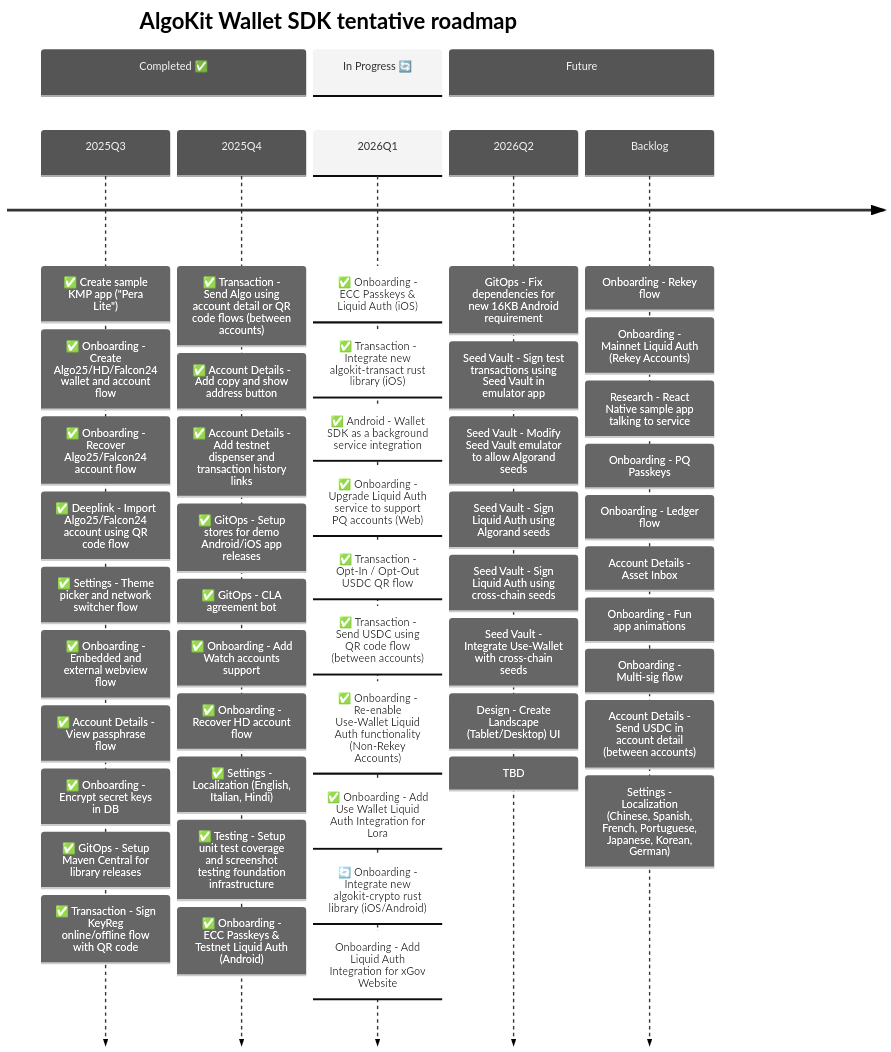
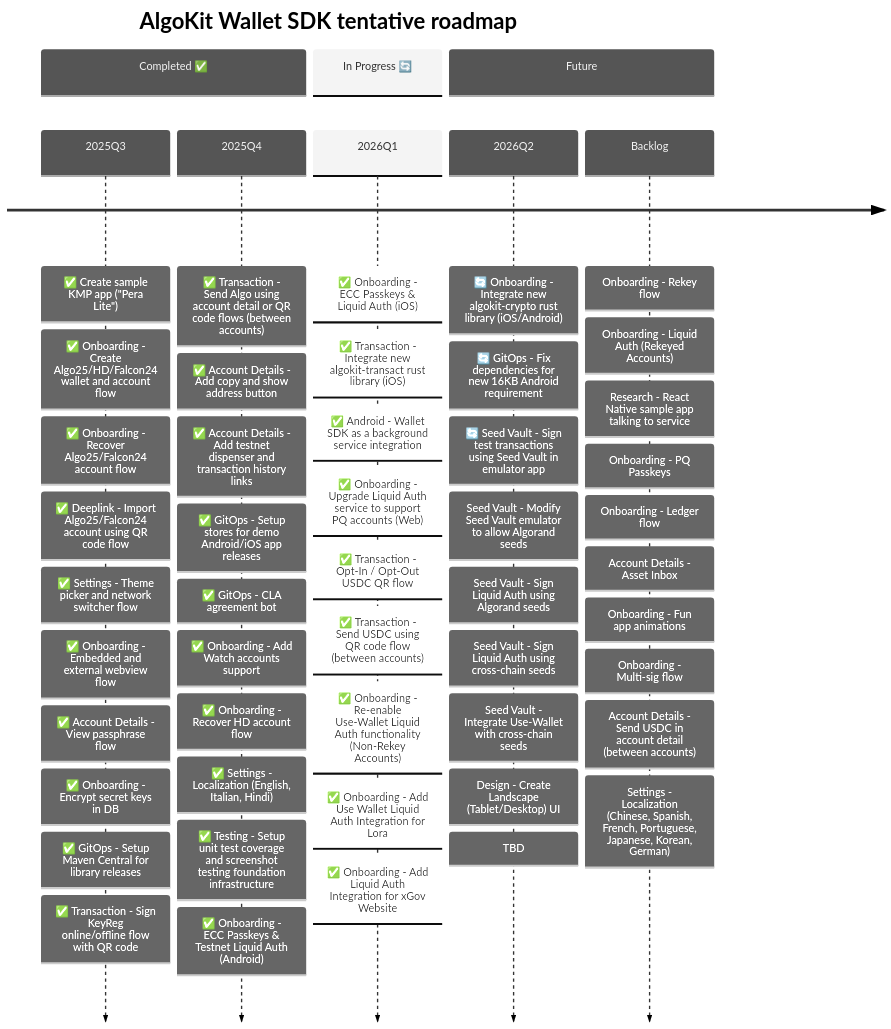
The second of 3 diagrams in README.md (michaeltchuangllc/algokit-walletsdk-kmp), drawn with Mermaid before and after one commit. The commit also changed other lines of this file and 23 other files, not shown here.

Commit message:
feat: allow liquid auth flow on mainnet (#255)

````diff
--- a/README.md
+++ b/README.md
@@ -69,64 +69,64 @@
 ```mermaid
 ---
 config:
   theme: 'neutral'
 ---
 timeline
     title AlgoKit Wallet SDK tentative roadmap
 
     section Completed ✅
     2025Q3  : ✅ Create sample KMP app ("Pera Lite")
             : ✅ Onboarding - Create Algo25/HD/Falcon24 wallet and account flow
             : ✅ Onboarding - Recover Algo25/Falcon24 account flow
             : ✅ Deeplink - Import Algo25/Falcon24 account using QR code flow
             : ✅ Settings - Theme picker and network switcher flow
             : ✅ Onboarding - Embedded and external webview flow
             : ✅ Account Details - View passphrase flow
             : ✅ Onboarding - Encrypt secret keys in DB
             : ✅ GitOps - Setup Maven Central for library releases
             : ✅ Transaction - Sign KeyReg online/offline flow with QR code
 
     2025Q4  : ✅ Transaction - Send Algo using account detail or QR code flows (between accounts)
             : ✅ Account Details - Add copy and show address button
             : ✅ Account Details - Add testnet dispenser and transaction history links
             : ✅ GitOps - Setup stores for demo Android/iOS app releases
             : ✅ GitOps - CLA agreement bot
             : ✅ Onboarding - Add Watch accounts support
             : ✅ Onboarding - Recover HD account flow
             : ✅ Settings - Localization (English, Italian, Hindi)
             : ✅ Testing - Setup unit test coverage and screenshot testing foundation infrastructure
             : ✅ Onboarding - ECC Passkeys & Testnet Liquid Auth (Android)
 
     section In Progress 🔄
     2026Q1  : ✅ Onboarding - ECC Passkeys & Liquid Auth (iOS)
             : ✅ Transaction - Integrate new algokit-transact rust library (iOS)
             : ✅ Android - Wallet SDK as a background service integration
             : ✅ Onboarding - Upgrade Liquid Auth service to support PQ accounts (Web)
             : ✅ Transaction - Opt-In / Opt-Out USDC QR flow
             : ✅ Transaction - Send USDC using QR code flow (between accounts)
             : ✅ Onboarding - Re-enable Use-Wallet Liquid Auth functionality (Non-Rekey Accounts)
             : ✅ Onboarding - Add Use Wallet Liquid Auth Integration for Lora
-            : 🔄 Onboarding - Integrate new algokit-crypto rust library (iOS/Android)
-            : Onboarding - Add Liquid Auth Integration for xGov Website
+            : ✅ Onboarding - Add Liquid Auth Integration for xGov Website
 
     section Future
-    2026Q2  : GitOps - Fix dependencies for new 16KB Android requirement
-            : Seed Vault - Sign test transactions using Seed Vault in emulator app
+    2026Q2  : 🔄 Onboarding - Integrate new algokit-crypto rust library (iOS/Android)
+            : 🔄 GitOps - Fix dependencies for new 16KB Android requirement
+            : 🔄 Seed Vault - Sign test transactions using Seed Vault in emulator app
             : Seed Vault - Modify Seed Vault emulator to allow Algorand seeds
             : Seed Vault - Sign Liquid Auth using Algorand seeds
             : Seed Vault - Sign Liquid Auth using cross-chain seeds
             : Seed Vault - Integrate Use-Wallet with cross-chain seeds
             : Design - Create Landscape (Tablet/Desktop) UI
             : TBD
     Backlog
             : Onboarding - Rekey flow
-            : Onboarding - Mainnet Liquid Auth (Rekey Accounts)
+            : Onboarding - Liquid Auth (Rekeyed Accounts)
             : Research - React Native sample app talking to service
             : Onboarding - PQ Passkeys
             : Onboarding - Ledger flow
             : Account Details - Asset Inbox
             : Onboarding - Fun app animations
             : Onboarding - Multi-sig flow
             : Account Details - Send USDC in account detail (between accounts)
             : Settings - Localization (Chinese, Spanish, French, Portuguese, Japanese, Korean, German)
 ```
````
